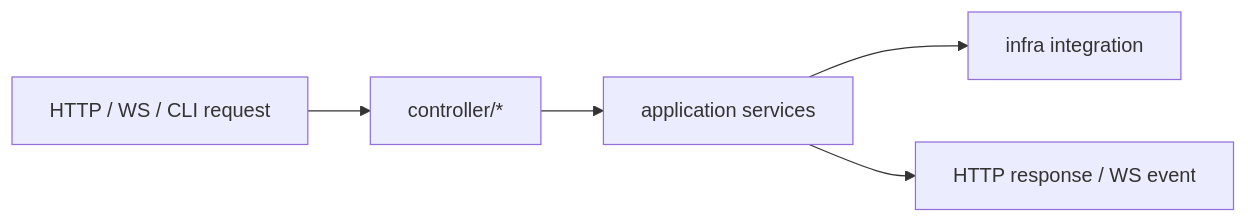
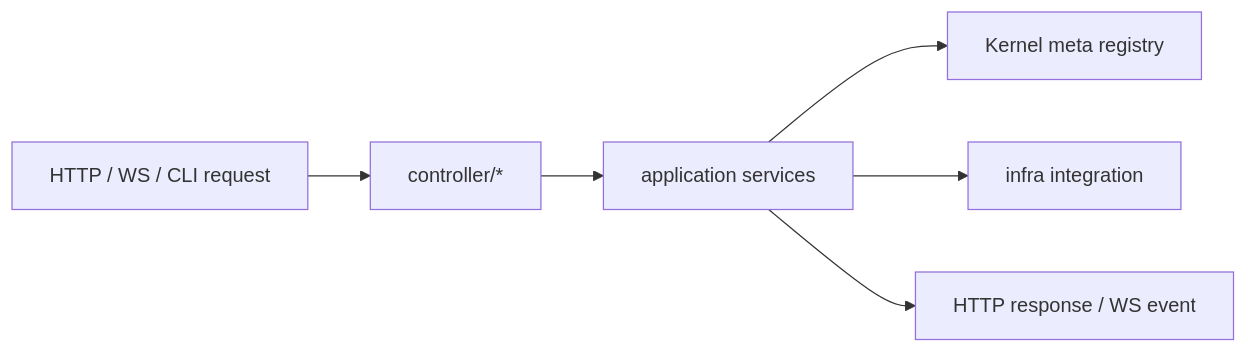
One commit to zhongmiao-org/meta-lc-platform changed the diagram in packages/bff/README.md. Above: the diagram before and after it, drawn with Mermaid. The commit also changed other lines of this file and 29 other files, not shown here.

Commit message:
feat(kernel): add meta definition registry (#113)

````diff
--- a/packages/bff/README.md
+++ b/packages/bff/README.md
@@ -87,7 +89,8 @@
 ```mermaid
 flowchart LR
   Http["HTTP / WS / CLI request"] --> Entry["controller/*"]
   Entry --> App["application services"]
+  App --> Kernel["Kernel meta registry"]
   App --> Infra["infra integration"]
   App --> Response["HTTP response / WS event"]
 ```
````
